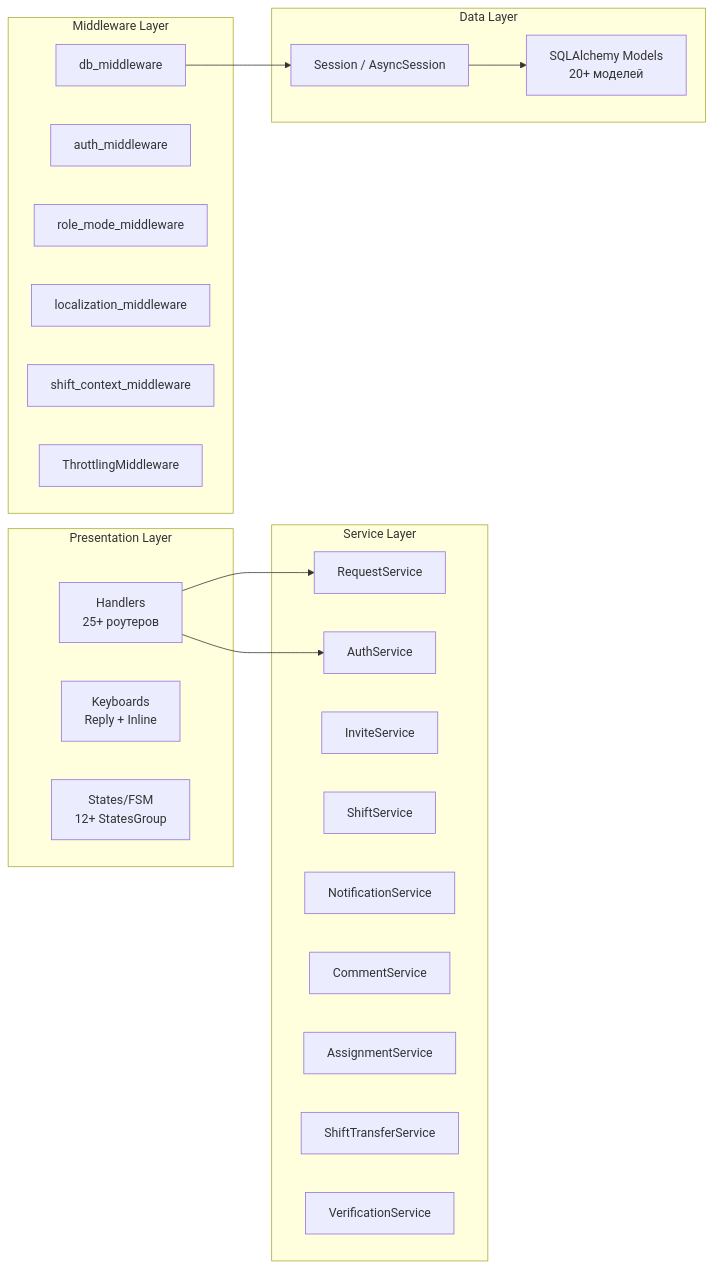
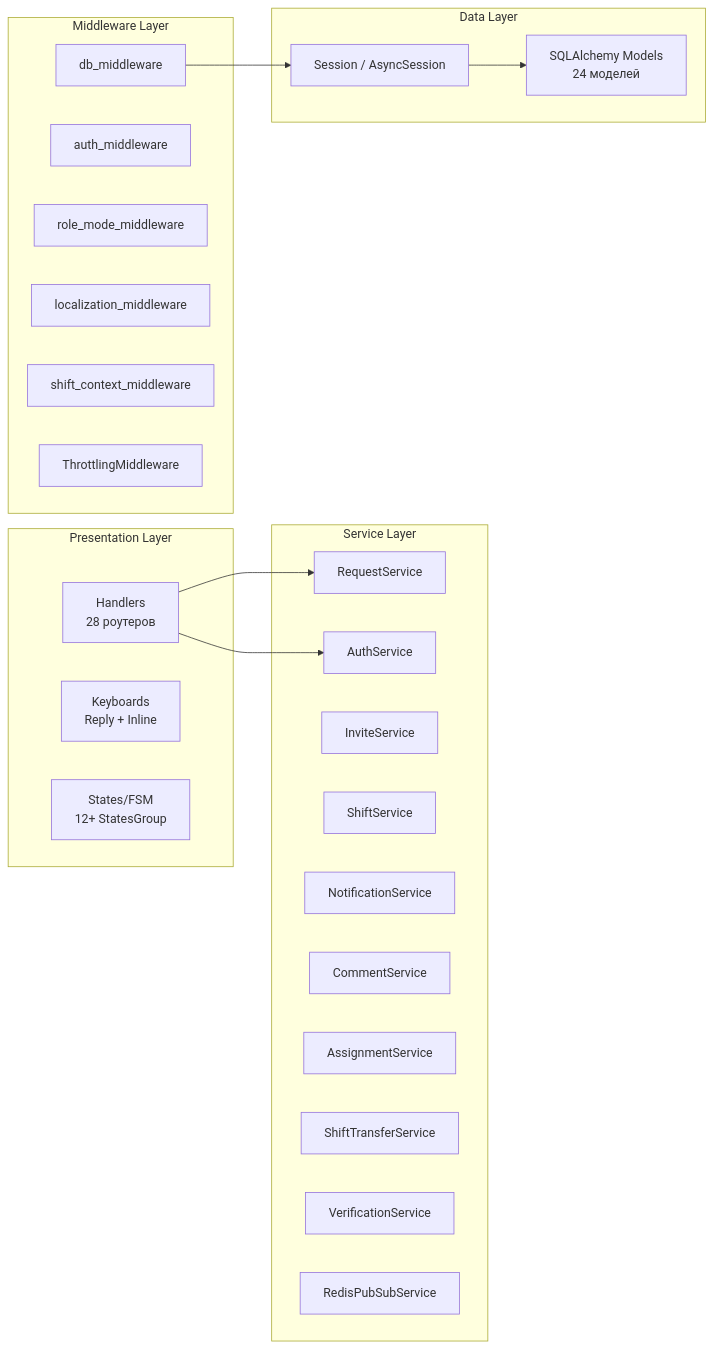
Before and after one commit to a-afanasyev/Infrasafe_bot: the second of 3 diagrams in audit/01_architecture_overview.md, drawn with Mermaid. The commit also changed other lines of this file and 19 other files, not shown here.

````diff
--- a/audit/01_architecture_overview.md
+++ b/audit/01_architecture_overview.md
@@ -61,39 +95,40 @@
 ```mermaid
 graph LR
     subgraph "Presentation Layer"
-        H[Handlers\n25+ роутеров]
+        H[Handlers\n28 роутеров]
         K[Keyboards\nReply + Inline]
         S[States/FSM\n12+ StatesGroup]
     end
 
     subgraph "Middleware Layer"
         M1[db_middleware]
         M2[auth_middleware]
         M3[role_mode_middleware]
         M4[localization_middleware]
         M5[shift_context_middleware]
         M6[ThrottlingMiddleware]
     end
 
     subgraph "Service Layer"
         SVC1[RequestService]
         SVC2[AuthService]
         SVC3[InviteService]
         SVC4[ShiftService]
         SVC5[NotificationService]
         SVC6[CommentService]
         SVC7[AssignmentService]
         SVC8[ShiftTransferService]
         SVC9[VerificationService]
+        SVC10[RedisPubSubService]
     end
 
     subgraph "Data Layer"
-        DB[SQLAlchemy Models\n20+ моделей]
+        DB[SQLAlchemy Models\n24 моделей]
         SESS[Session / AsyncSession]
     end
 
     H --> SVC1
     H --> SVC2
     M1 --> SESS
     SESS --> DB
 ```
````
